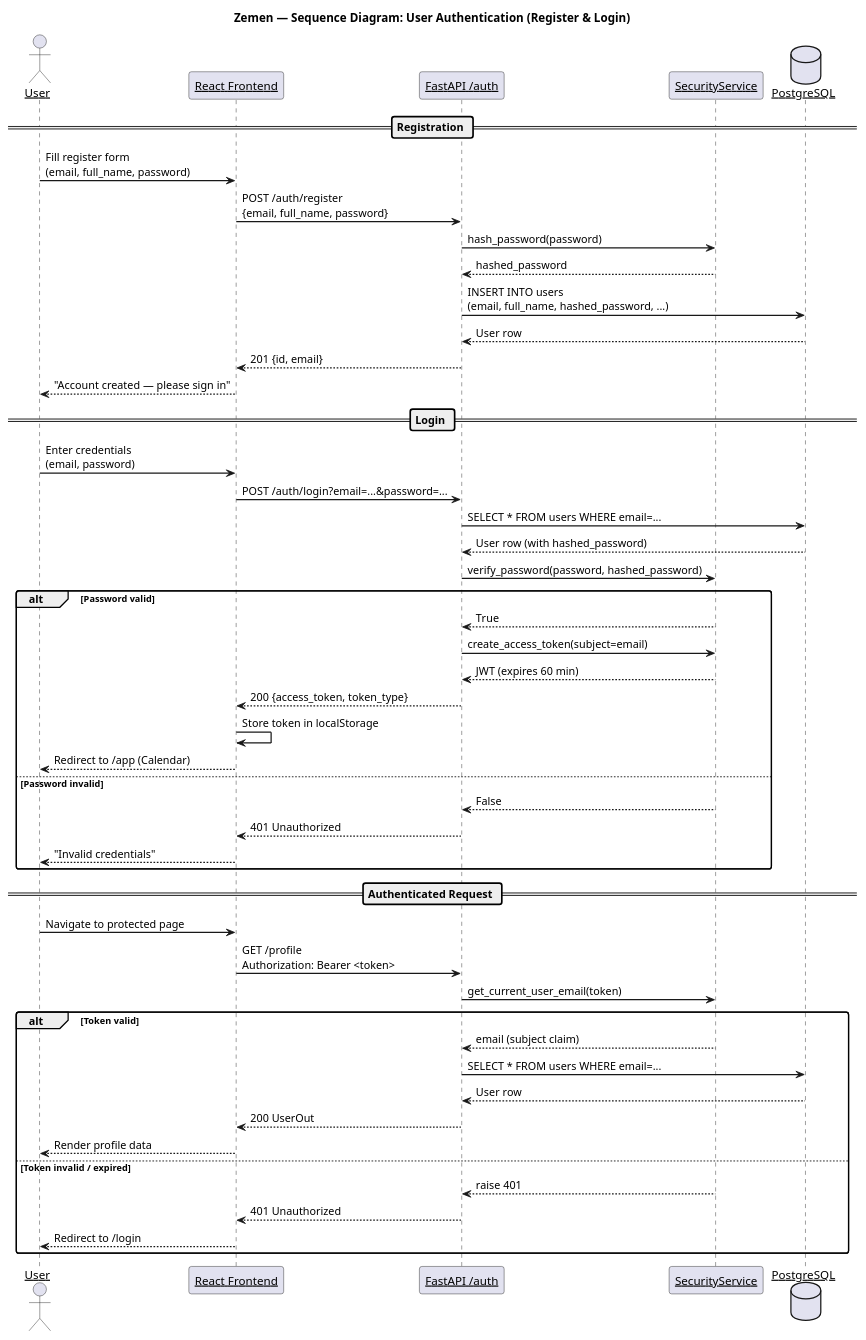
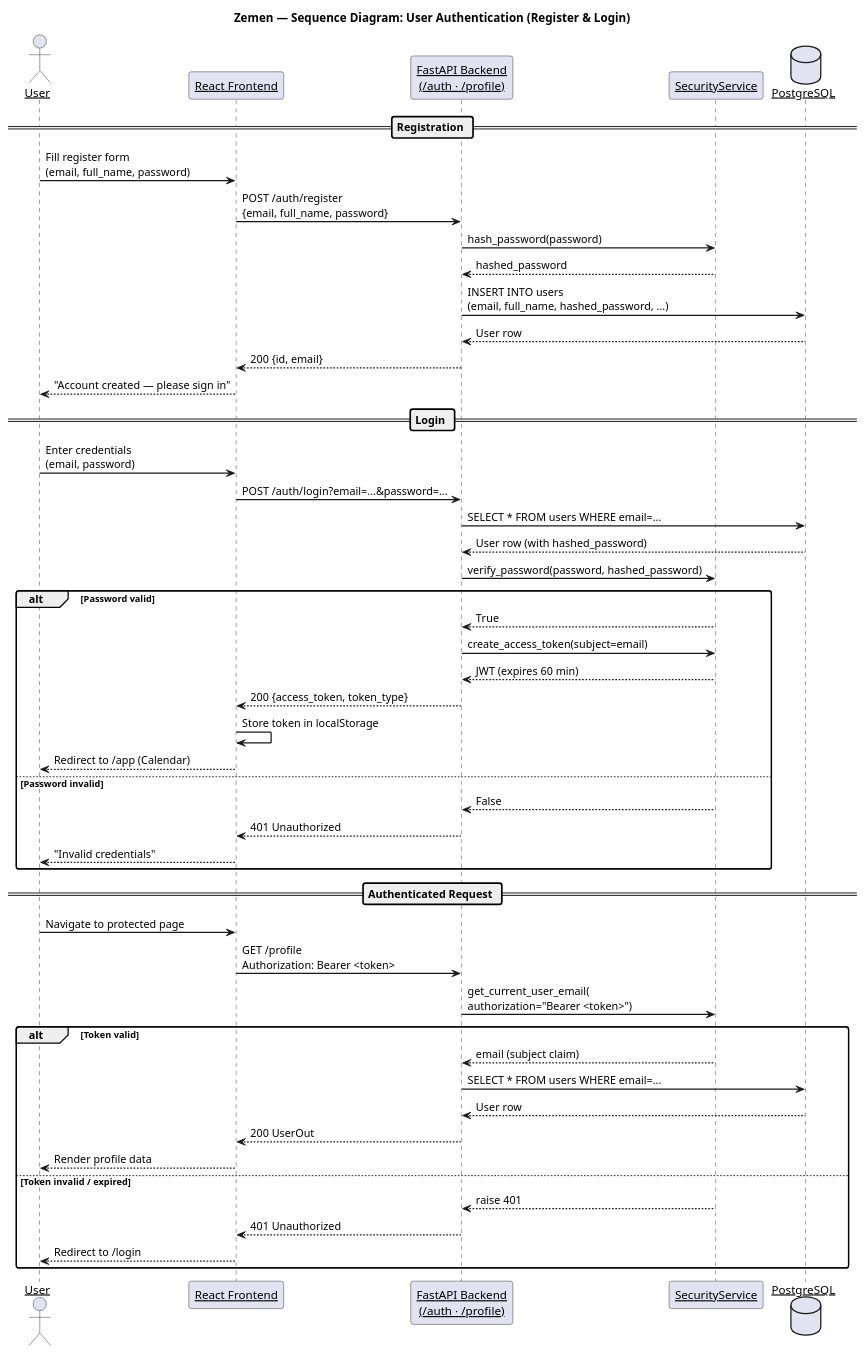
Before and after one commit to aklesiaberihu/Dual-Calendar-: the diagram in docs/uml/seq_login.puml, drawn with PlantUML. The commit also changed 51 other files, not shown here.

```diff
--- a/docs/uml/seq_login.puml
+++ b/docs/uml/seq_login.puml
@@ -1,63 +1,63 @@
 @startuml Sequence_Login
 title Zemen — Sequence Diagram: User Authentication (Register & Login)
 
 skinparam sequenceArrowThickness 1.5
 skinparam roundcorner 6
 skinparam sequenceParticipant underline
 skinparam FontName Arial
 
 actor       "User"          as U
 participant "React Frontend" as FE
-participant "FastAPI /auth"  as AUTH
+participant "FastAPI Backend\n(/auth · /profile)" as AUTH
 participant "SecurityService" as SEC
 database    "PostgreSQL"    as DB
 
 == Registration ==
 
 U -> FE : Fill register form\n(email, full_name, password)
 FE -> AUTH : POST /auth/register\n{email, full_name, password}
 AUTH -> SEC : hash_password(password)
 SEC --> AUTH : hashed_password
 AUTH -> DB : INSERT INTO users\n(email, full_name, hashed_password, ...)
 DB --> AUTH : User row
-AUTH --> FE : 201 {id, email}
+AUTH --> FE : 200 {id, email}
 FE --> U : "Account created — please sign in"
 
 == Login ==
 
 U -> FE : Enter credentials\n(email, password)
 FE -> AUTH : POST /auth/login?email=...&password=...
 AUTH -> DB : SELECT * FROM users WHERE email=...
 DB --> AUTH : User row (with hashed_password)
 AUTH -> SEC : verify_password(password, hashed_password)
 alt Password valid
   SEC --> AUTH : True
   AUTH -> SEC : create_access_token(subject=email)
   SEC --> AUTH : JWT (expires 60 min)
   AUTH --> FE : 200 {access_token, token_type}
   FE -> FE : Store token in localStorage
   FE --> U : Redirect to /app (Calendar)
 else Password invalid
   SEC --> AUTH : False
   AUTH --> FE : 401 Unauthorized
   FE --> U : "Invalid credentials"
 end
 
 == Authenticated Request ==
 
 U -> FE : Navigate to protected page
 FE -> AUTH : GET /profile\nAuthorization: Bearer <token>
-AUTH -> SEC : get_current_user_email(token)
+AUTH -> SEC : get_current_user_email(\nauthorization="Bearer <token>")
 alt Token valid
   SEC --> AUTH : email (subject claim)
   AUTH -> DB : SELECT * FROM users WHERE email=...
   DB --> AUTH : User row
   AUTH --> FE : 200 UserOut
   FE --> U : Render profile data
 else Token invalid / expired
   SEC --> AUTH : raise 401
   AUTH --> FE : 401 Unauthorized
   FE --> U : Redirect to /login
 end
 
 @enduml
```
